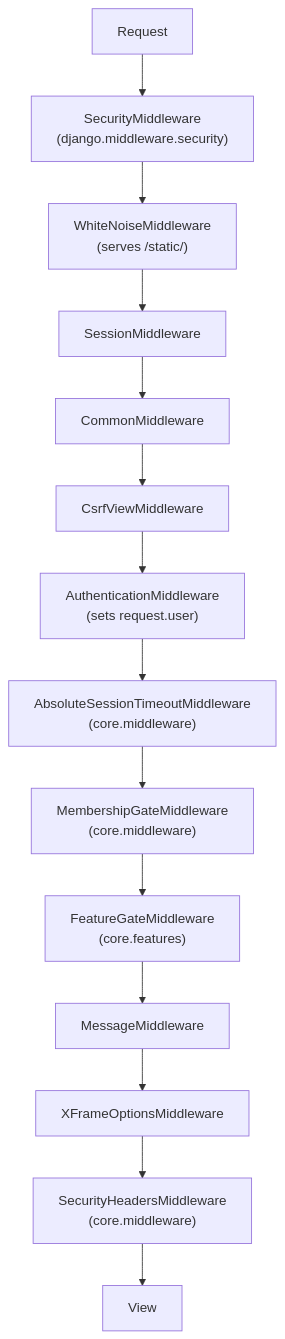
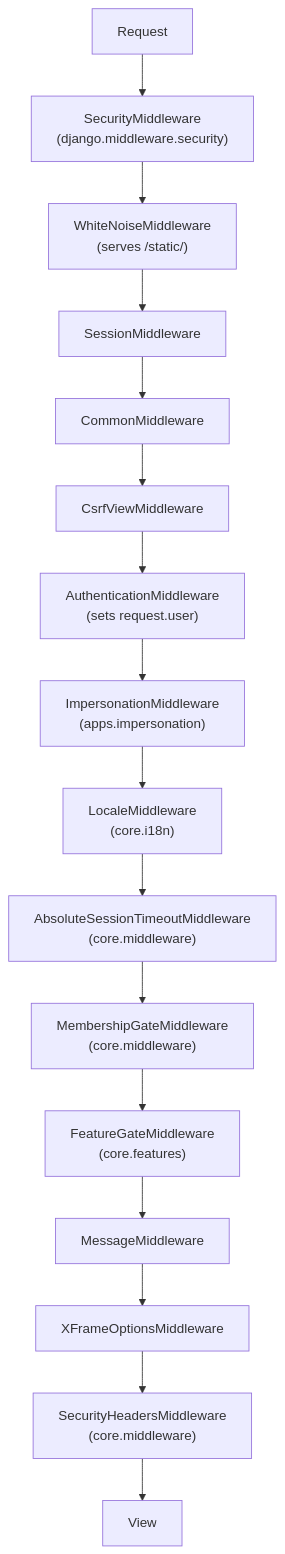
Before and after one commit to ebrandi/forca-command-grid: the second of 3 diagrams in handbooks/contributor-handbook/architecture.md, drawn with Mermaid. The commit also changed other lines of this file and 40 other files, not shown here.

````diff
--- a/handbooks/contributor-handbook/architecture.md
+++ b/handbooks/contributor-handbook/architecture.md
@@ -60,16 +61,18 @@
 ```mermaid
 flowchart TD
     A[Request] --> B["SecurityMiddleware\n(django.middleware.security)"]
     B --> C["WhiteNoiseMiddleware\n(serves /static/)"]
     C --> D["SessionMiddleware"]
     D --> E["CommonMiddleware"]
     E --> F["CsrfViewMiddleware"]
     F --> G["AuthenticationMiddleware\n(sets request.user)"]
-    G --> H["AbsoluteSessionTimeoutMiddleware\n(core.middleware)"]
-    H --> I["MembershipGateMiddleware\n(core.middleware)"]
-    I --> J["FeatureGateMiddleware\n(core.features)"]
-    J --> K["MessageMiddleware"]
-    K --> L["XFrameOptionsMiddleware"]
-    L --> M["SecurityHeadersMiddleware\n(core.middleware)"]
-    M --> N[View]
+    G --> H["ImpersonationMiddleware\n(apps.impersonation)"]
+    H --> I["LocaleMiddleware\n(core.i18n)"]
+    I --> J["AbsoluteSessionTimeoutMiddleware\n(core.middleware)"]
+    J --> K["MembershipGateMiddleware\n(core.middleware)"]
+    K --> L["FeatureGateMiddleware\n(core.features)"]
+    L --> M["MessageMiddleware"]
+    M --> N["XFrameOptionsMiddleware"]
+    N --> O["SecurityHeadersMiddleware\n(core.middleware)"]
+    O --> P[View]
 ```
````
